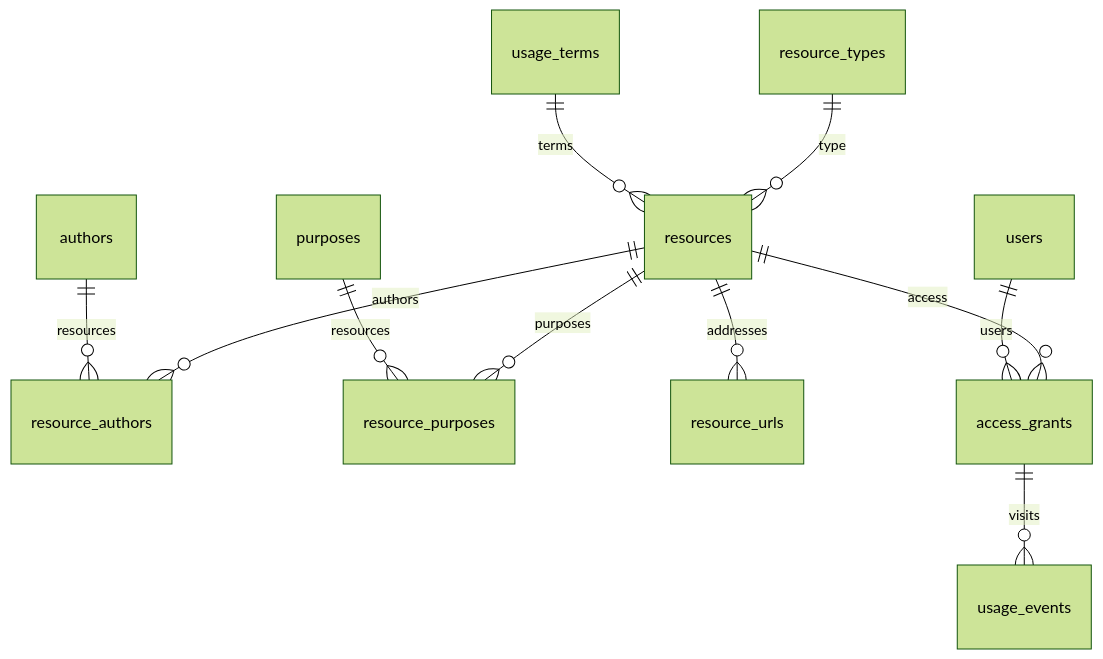
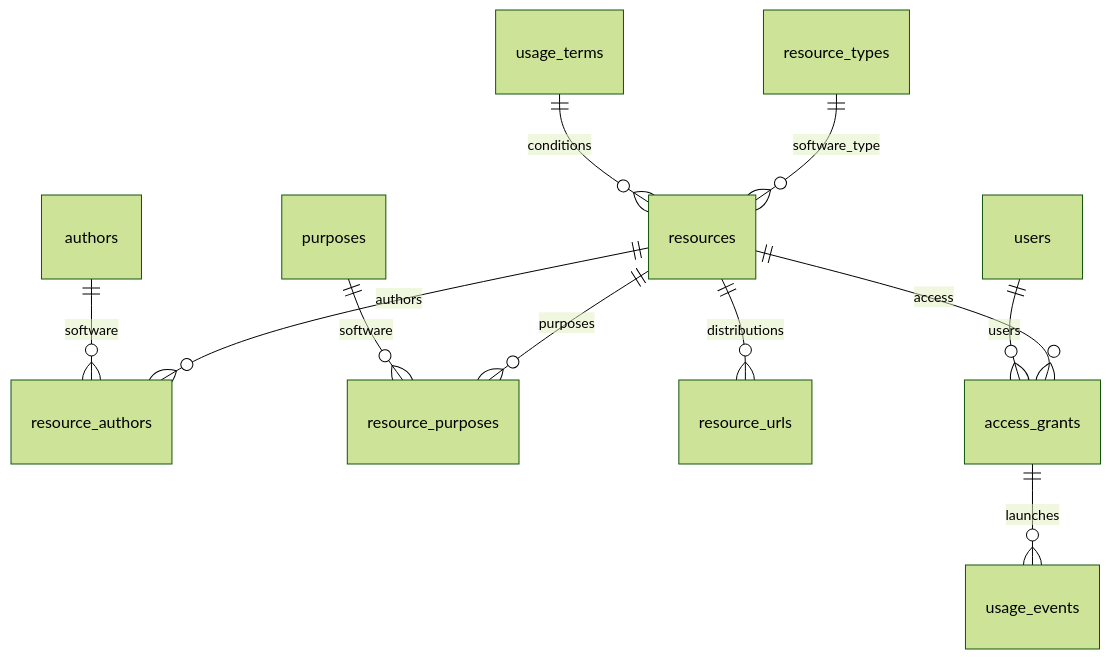
One commit to fffooocus/functional-programming-ips41 changed the diagram in lab1/README.md. Above: the diagram before and after it, drawn with Mermaid (forest theme). The commit also changed other lines of this file and 40 other files, not shown here.

````diff
--- a/lab1/README.md
+++ b/lab1/README.md
@@ -33,13 +28,13 @@
 ```mermaid
 erDiagram
-  resource_types ||--o{ resources : type
-  usage_terms ||--o{ resources : terms
+  resource_types ||--o{ resources : software_type
+  usage_terms ||--o{ resources : conditions
   resources ||--o{ resource_authors : authors
-  authors ||--o{ resource_authors : resources
+  authors ||--o{ resource_authors : software
   resources ||--o{ resource_purposes : purposes
-  purposes ||--o{ resource_purposes : resources
-  resources ||--o{ resource_urls : addresses
+  purposes ||--o{ resource_purposes : software
+  resources ||--o{ resource_urls : distributions
   resources ||--o{ access_grants : access
   users ||--o{ access_grants : users
-  access_grants ||--o{ usage_events : visits
+  access_grants ||--o{ usage_events : launches
 ```
````
